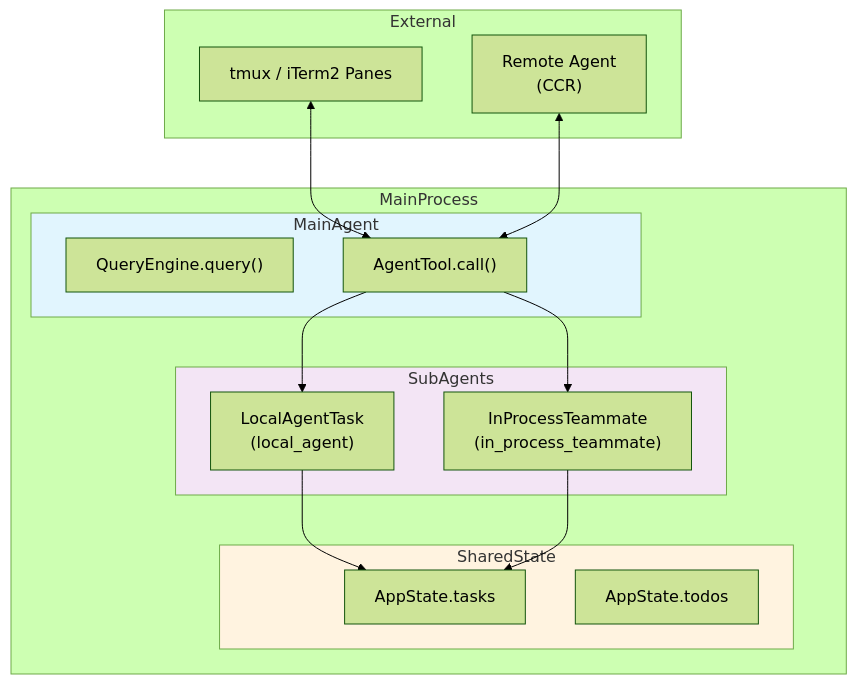
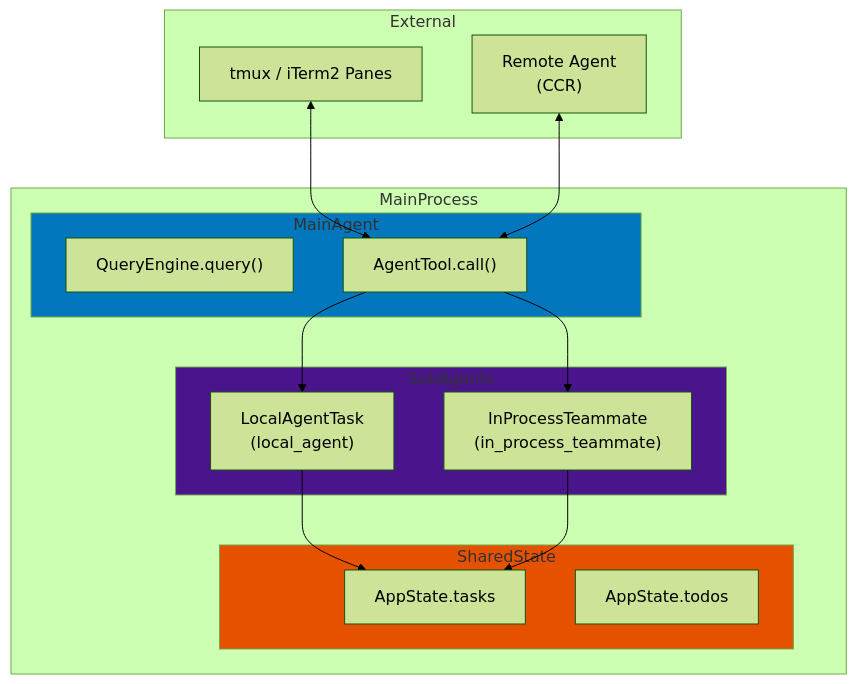
One commit to platootalp/harness-code changed the third of 15 diagrams in harness/docs/deep/AGENT-SYSTEM.md. Above: the diagram before and after it, drawn with Mermaid (forest theme). The commit also changed other lines of this file and 10 other files, not shown here.

````diff
--- a/harness/docs/deep/AGENT-SYSTEM.md
+++ b/harness/docs/deep/AGENT-SYSTEM.md
@@ -264,35 +264,35 @@
 ```mermaid
 flowchart TD
     subgraph MainProcess
         subgraph MainAgent
             QueryEngine["QueryEngine.query()"]
             AgentTool["AgentTool.call()"]
         end
 
         subgraph SubAgents
             LocalAgentTask["LocalAgentTask<br/>(local_agent)"]
             InProcessTeammate["InProcessTeammate<br/>(in_process_teammate)"]
         end
 
         subgraph SharedState
             AppState["AppState.tasks"]
             AppStateTodos["AppState.todos"]
         end
     end
 
     subgraph External
         TmuxPanes["tmux / iTerm2 Panes"]
         RemoteAgent["Remote Agent<br/>(CCR)"]
     end
 
     AgentTool --> LocalAgentTask
     AgentTool --> InProcessTeammate
     LocalAgentTask --> AppState
     InProcessTeammate --> AppState
     TmuxPanes <--> AgentTool
     RemoteAgent <--> AgentTool
 
-    style MainAgent fill:#e1f5fe
-    style SubAgents fill:#f3e5f5
-    style SharedState fill:#fff3e0
+    style MainAgent fill:#0277bd
+    style SubAgents fill:#4a148c
+    style SharedState fill:#e65100
 ```
````
